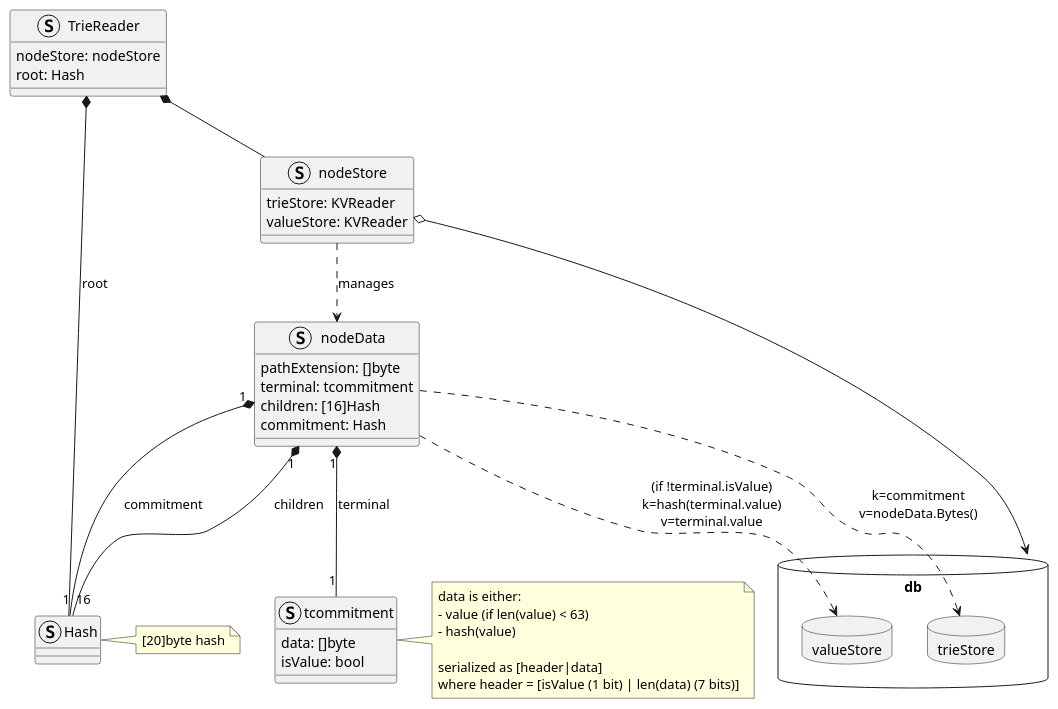
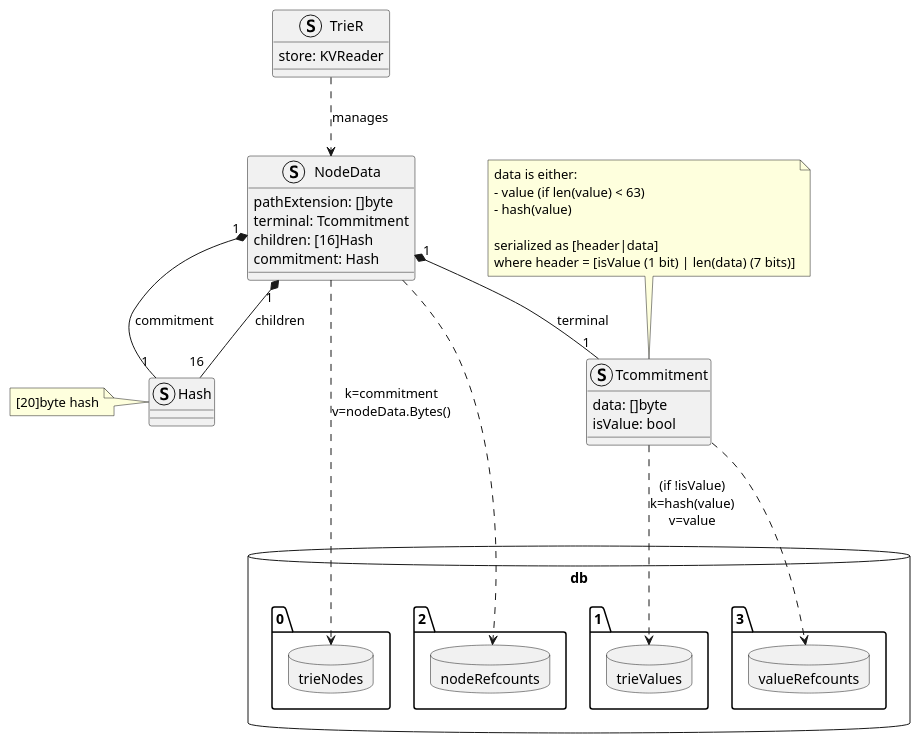
One commit to iotaledger/wasp changed the diagram in packages/trie/doc/diagram.puml. Above: the diagram before and after it, drawn with PlantUML. The commit also changed 2 other files, not shown here.

Commit message:
update trie doc

```diff
--- a/packages/trie/doc/diagram.puml
+++ b/packages/trie/doc/diagram.puml
@@ -1,56 +1,58 @@
 @startuml
-struct TrieReader {
-  nodeStore: nodeStore
-  root: Hash
+allow_mixing
+
+struct TrieR {
+  store: KVReader
 }
 
-struct nodeStore {
-  trieStore: KVReader
-  valueStore: KVReader
-}
-
-struct nodeData {
+struct NodeData {
   {field} pathExtension: []byte
-  terminal: tcommitment
+  terminal: Tcommitment
   children: [16]Hash
   commitment: Hash
 }
 
-struct tcommitment {
+struct Tcommitment {
   data: []byte
   isValue: bool
 }
 
-note right of tcommitment
+note top of Tcommitment
   data is either:
   - value (if len(value) < 63)
   - hash(value)
-  
+
   serialized as [header|data]
   where header = [isValue (1 bit) | len(data) (7 bits)]
 end note
 
 struct Hash {}
 
-note right of Hash
+note left of Hash
   [20]byte hash
 end note
 
 package db <<Database>> {
-  package valueStore <<Database>> {
+  folder 0 {
+    database trieNodes
   }
-  package trieStore <<Database>> {
+  folder 1 {
+    database trieValues
+  }
+  folder 2 {
+    database nodeRefcounts
+  }
+  folder 3 {
+    database valueRefcounts
   }
 }
 
-TrieReader *-- nodeStore
-TrieReader *-- Hash: root
-nodeData ..> trieStore: "k=commitment\nv=nodeData.Bytes()"
-nodeData ..> valueStore: "(if !terminal.isValue)\nk=hash(terminal.value)\nv=terminal.value"
-nodeData "1" *-- "1" tcommitment: terminal
-nodeData "1" *-- "1" Hash: commitment
-nodeData "1" *-- "16" Hash: children
-nodeStore ..> nodeData: manages
-nodeStore o--> db
-
+NodeData ..> trieNodes: "k=commitment\nv=nodeData.Bytes()"
+NodeData ..> nodeRefcounts
+Tcommitment ..> trieValues: "(if !isValue)\nk=hash(value)\nv=value"
+Tcommitment ..> valueRefcounts
+NodeData "1" *-- "1" Tcommitment: terminal
+NodeData "1" *-- "1" Hash: commitment
+NodeData "1" *-- "16" Hash: children
+TrieR ..> NodeData: manages
 @enduml
```
